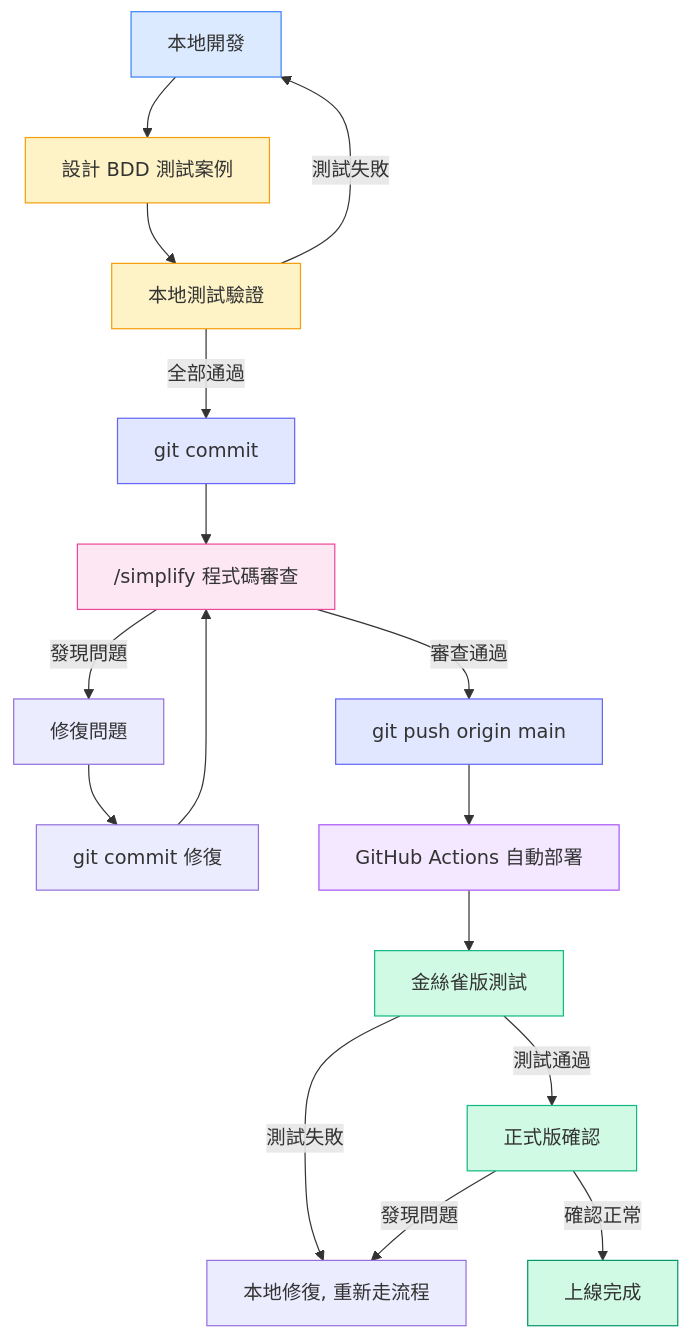
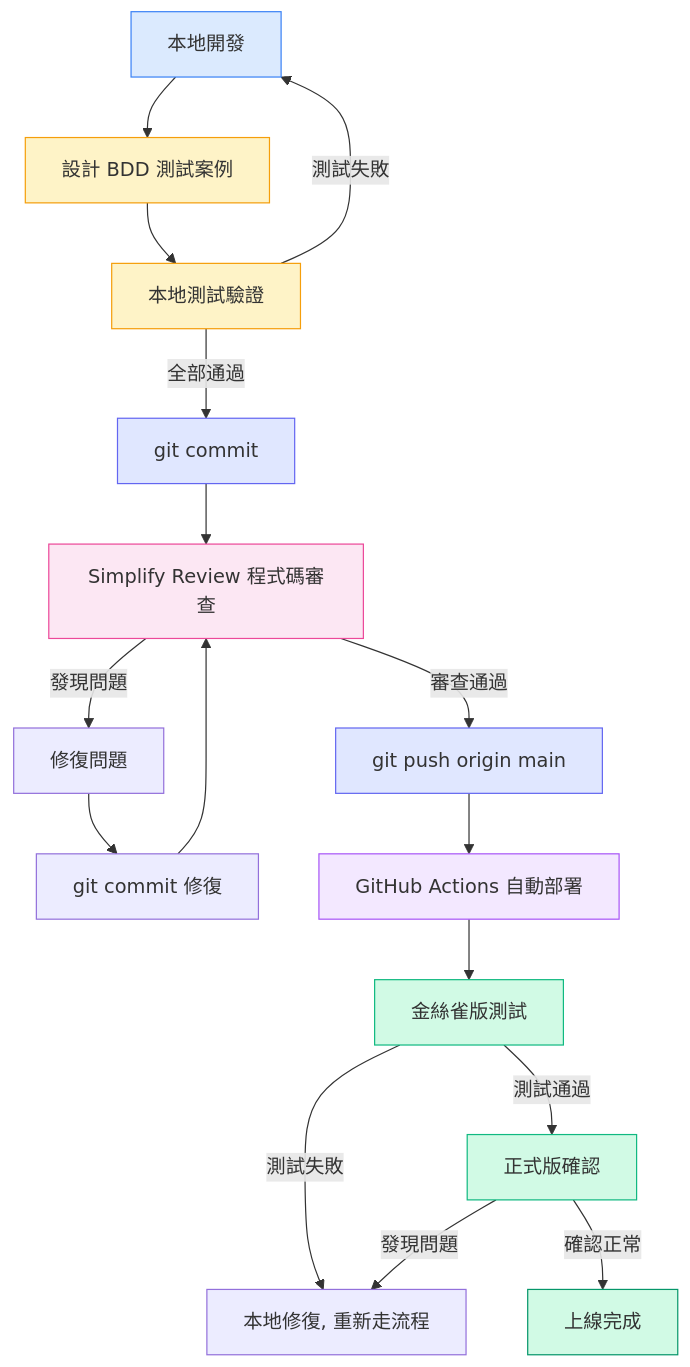
Before and after one commit to NickHuangbeauty/md-reviewer: the first of 6 diagrams in docs/development-guide.md, drawn with Mermaid. The commit also changed other lines of this file and 2 other files, not shown here.

First line of the commit message:
Update development guide with canary architecture details and Gist integration docs

````diff
--- a/docs/development-guide.md
+++ b/docs/development-guide.md
@@ -5,29 +5,29 @@
 ```mermaid
 flowchart TD
     A["本地開發"] --> B["設計 BDD 測試案例"]
     B --> C["本地測試驗證"]
     C -->|"測試失敗"| A
     C -->|"全部通過"| D["git commit"]
-    D --> E["/simplify 程式碼審查"]
+    D --> E["Simplify Review 程式碼審查"]
     E -->|"發現問題"| F["修復問題"]
     F --> G["git commit 修復"]
     G --> E
     E -->|"審查通過"| H["git push origin main"]
     H --> I["GitHub Actions 自動部署"]
     I --> J["金絲雀版測試"]
     J -->|"測試失敗"| K["本地修復, 重新走流程"]
     J -->|"測試通過"| L["正式版確認"]
     L -->|"確認正常"| M["上線完成"]
     L -->|"發現問題"| K
 
     style A fill:#dbeafe,stroke:#3b82f6
     style B fill:#fef3c7,stroke:#f59e0b
     style C fill:#fef3c7,stroke:#f59e0b
     style D fill:#e0e7ff,stroke:#6366f1
     style E fill:#fce7f3,stroke:#ec4899
     style H fill:#e0e7ff,stroke:#6366f1
     style I fill:#f3e8ff,stroke:#a855f7
     style J fill:#d1fae5,stroke:#10b981
     style L fill:#d1fae5,stroke:#10b981
     style M fill:#d1fae5,stroke:#059669
 ```
````
